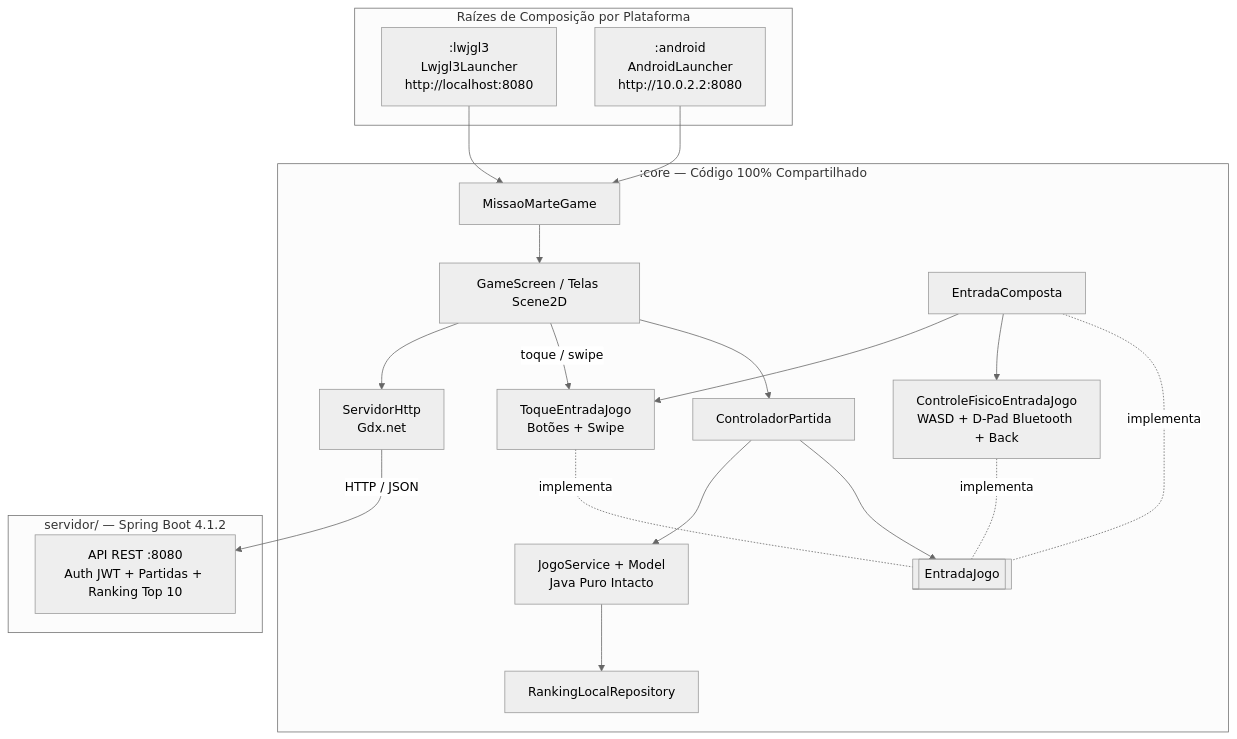
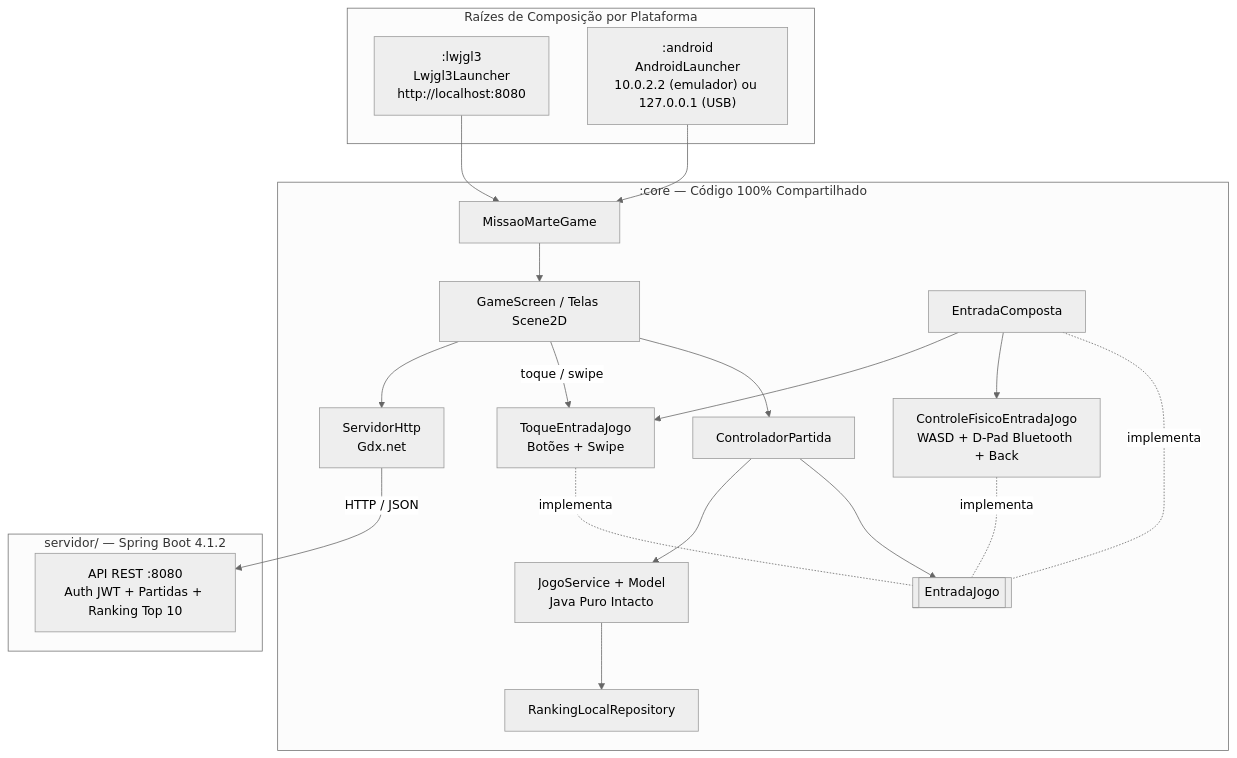
Before and after one commit to jpedro-lc/Projeto_Arquitetura-Missao_Marte: the second of 3 diagrams in evolucao-missao-marte/fases/fase-06-android/docs/fase-06-tutorial.md, drawn with Mermaid (neutral theme). The commit also changed other lines of this file and 3 other files, not shown here.

````diff
--- a/evolucao-missao-marte/fases/fase-06-android/docs/fase-06-tutorial.md
+++ b/evolucao-missao-marte/fases/fase-06-android/docs/fase-06-tutorial.md
@@ -313,40 +312,40 @@
 ```mermaid
 flowchart TB
     subgraph Backends["Raízes de Composição por Plataforma"]
         LW[":lwjgl3<br/>Lwjgl3Launcher<br/>http://localhost:8080"]
-        AN[":android<br/>AndroidLauncher<br/>http://10.0.2.2:8080"]
+        AN[":android<br/>AndroidLauncher<br/>10.0.2.2 (emulador) ou 127.0.0.1 (USB)"]
     end
 
     subgraph Core[":core — Código 100% Compartilhado"]
         G[MissaoMarteGame]
         GS[GameScreen / Telas Scene2D]
         CP[ControladorPartida]
         EC[EntradaComposta]
         TE[ToqueEntradaJogo<br/>Botões + Swipe]
         CF[ControleFisicoEntradaJogo<br/>WASD + D-Pad Bluetooth + Back]
         EI[[EntradaJogo]]
         JS[JogoService + Model<br/>Java Puro Intacto]
         RL[RankingLocalRepository]
         SH[ServidorHttp<br/>Gdx.net]
     end
 
     subgraph Server["servidor/ — Spring Boot 4.1.2"]
         API[API REST :8080<br/>Auth JWT + Partidas + Ranking Top 10]
     end
 
     LW --> G
     AN --> G
     G --> GS
     GS --> CP
     GS -- "toque / swipe" --> TE
     CP --> EI
     EC -.implementa.- EI
     TE -.implementa.- EI
     CF -.implementa.- EI
     EC --> CF
     EC --> TE
     CP --> JS
     JS --> RL
     GS --> SH
     SH -- "HTTP / JSON" --> API
 ```
````
